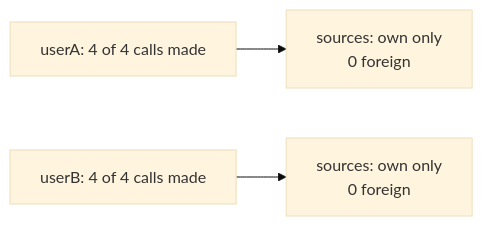
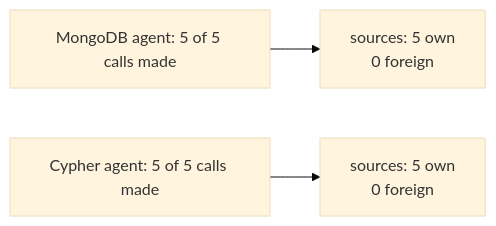
Before and after one commit to cpumarfrohberg/first_try_landed: the second of 2 diagrams in docs/blog/posts/contextvars.md, drawn with Mermaid (base theme). The commit also changed other lines of this file, not shown here.

````diff
--- a/docs/blog/posts/contextvars.md
+++ b/docs/blog/posts/contextvars.md
@@ -88,5 +105,5 @@
 ```mermaid
 flowchart LR
-    A[userA: 4 of 4 calls made] --> B[sources: own only\n0 foreign]
-    C[userB: 4 of 4 calls made] --> D[sources: own only\n0 foreign]
+    A[MongoDB agent: 5 of 5 calls made] --> B[sources: 5 own\n0 foreign]
+    C[Cypher agent: 5 of 5 calls made] --> D[sources: 5 own\n0 foreign]
 ```
````
